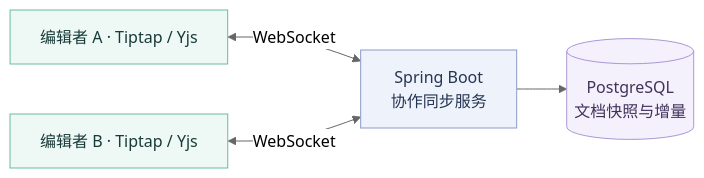
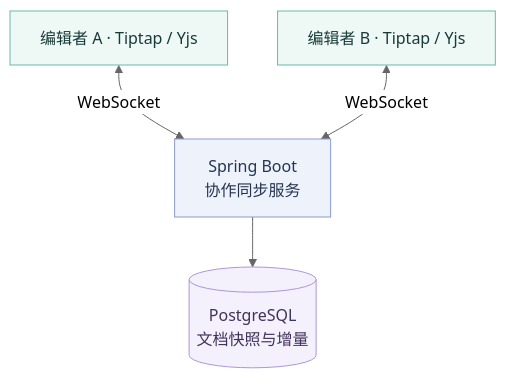
Before and after one commit to zhoujiakang/ZCollab: the diagram in README.md, drawn with Mermaid (neutral theme). The commit also changed other lines of this file and 2 other files, not shown here.

Commit message:
docs: 优化项目介绍并补充编辑器与协作实景截图

````diff
--- a/README.md
+++ b/README.md
@@ -77,12 +69,12 @@
 ```mermaid
-flowchart LR
-    A["编辑者 A · Tiptap / Yjs"] <-->|WebSocket| S["Spring Boot\n协作同步服务"]
+flowchart TB
+    A["编辑者 A · Tiptap / Yjs"] <-->|WebSocket| S["Spring Boot<br/>协作同步服务"]
     B["编辑者 B · Tiptap / Yjs"] <-->|WebSocket| S
-    S --> P[("PostgreSQL\n文档快照与增量")]
+    S --> P[("PostgreSQL<br/>文档快照与增量")]
     classDef editor fill:#eef9f5,stroke:#69baa5,color:#183a38
     classDef server fill:#eef2fb,stroke:#8c9bc8,color:#253652
     classDef storage fill:#f4f0fc,stroke:#ab98d5,color:#403359
     class A,B editor
     class S server
     class P storage
 ```
````
